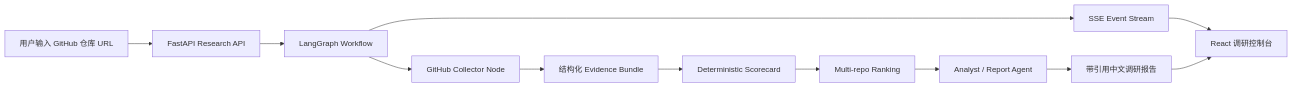
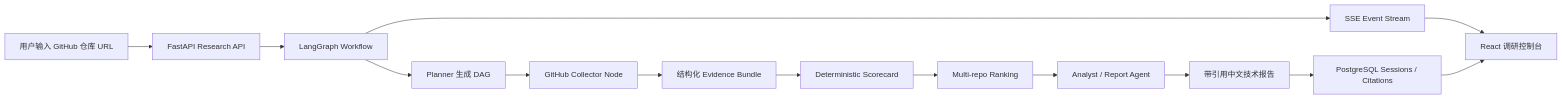
The diagram in docs/INTERVIEW_PRESENTATION.md (kanna12580/github-research-agent), drawn with Mermaid before and after one commit. The commit also changed other lines of this file, not shown here.

````diff
--- a/docs/INTERVIEW_PRESENTATION.md
+++ b/docs/INTERVIEW_PRESENTATION.md
@@ -30,14 +40,16 @@
 ```mermaid
 flowchart LR
   A["用户输入 GitHub 仓库 URL"] --> B["FastAPI Research API"]
   B --> C["LangGraph Workflow"]
-  C --> D["GitHub Collector Node"]
-  D --> E["结构化 Evidence Bundle"]
-  E --> F["Deterministic Scorecard"]
-  F --> G["Multi-repo Ranking"]
-  G --> H["Analyst / Report Agent"]
-  H --> I["带引用中文调研报告"]
-  C --> J["SSE Event Stream"]
-  J --> K["React 调研控制台"]
-  I --> K
+  C --> D["Planner 生成 DAG"]
+  D --> E["GitHub Collector Node"]
+  E --> F["结构化 Evidence Bundle"]
+  F --> G["Deterministic Scorecard"]
+  G --> H["Multi-repo Ranking"]
+  H --> I["Analyst / Report Agent"]
+  I --> J["带引用中文技术报告"]
+  C --> K["SSE Event Stream"]
+  K --> L["React 调研控制台"]
+  J --> M["PostgreSQL Sessions / Citations"]
+  M --> L
 ```
````
